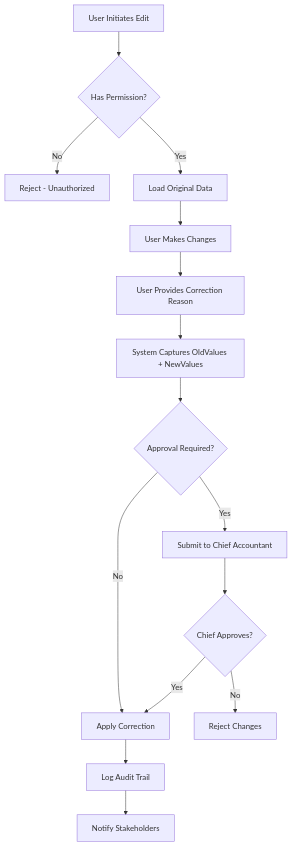
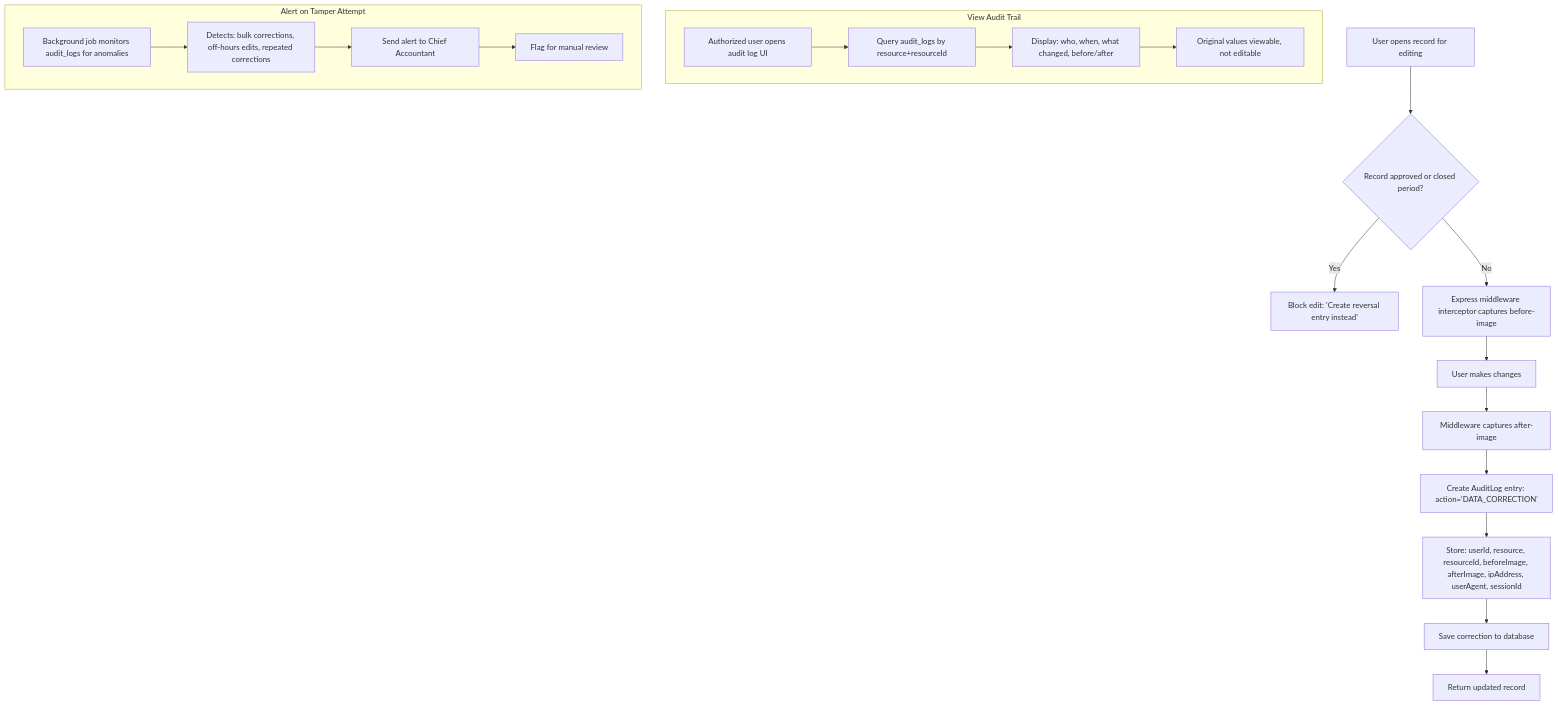
One commit to vqton/sme_acct changed the eighth of 9 diagrams in docs/brd/03-workflows.md. Above: the diagram before and after it, drawn with Mermaid. The commit also changed other lines of this file and 13 other files, not shown here.

First line of the commit message:
docs: update user management BRD v2.0 — TS/Express arch, 7 critical blockers, 13 use cases, archive outdated C# docs

````diff
--- a/docs/brd/03-workflows.md
+++ b/docs/brd/03-workflows.md
@@ -75,17 +275,25 @@
 ```mermaid
 graph TD
-    A[User Initiates Edit] --> B{Has Permission?}
-    B -->|No| C[Reject - Unauthorized]
-    B -->|Yes| D[Load Original Data]
-    D --> E[User Makes Changes]
-    E --> F[User Provides Correction Reason]
-    F --> G[System Captures OldValues + NewValues]
-    G --> H{Approval Required?}
-    H -->|Yes| I[Submit to Chief Accountant]
-    I --> J{Chief Approves?}
-    J -->|Yes| K[Apply Correction]
-    J -->|No| L[Reject Changes]
-    H -->|No| K
-    K --> M[Log Audit Trail]
-    M --> N[Notify Stakeholders]
+    A[User opens record for editing] --> B{Record approved or closed period?}
+    B -->|Yes| C[Block edit: 'Create reversal entry instead']
+    B -->|No| D[Express middleware interceptor captures before-image]
+    D --> E[User makes changes]
+    E --> F[Middleware captures after-image]
+    F --> G[Create AuditLog entry: action='DATA_CORRECTION']
+    G --> H[Store: userId, resource, resourceId, beforeImage, afterImage, ipAddress, userAgent, sessionId]
+    H --> I[Save correction to database]
+    I --> J[Return updated record]
+    
+    subgraph View Audit Trail
+        K[Authorized user opens audit log UI] --> L[Query audit_logs by resource+resourceId]
+        L --> M[Display: who, when, what changed, before/after]
+        M --> N[Original values viewable, not editable]
+    end
+    
+    subgraph Alert on Tamper Attempt
+        O[Background job monitors audit_logs for anomalies]
+        O --> P[Detects: bulk corrections, off-hours edits, repeated corrections]
+        P --> Q[Send alert to Chief Accountant]
+        Q --> R[Flag for manual review]
+    end
 ```
````
